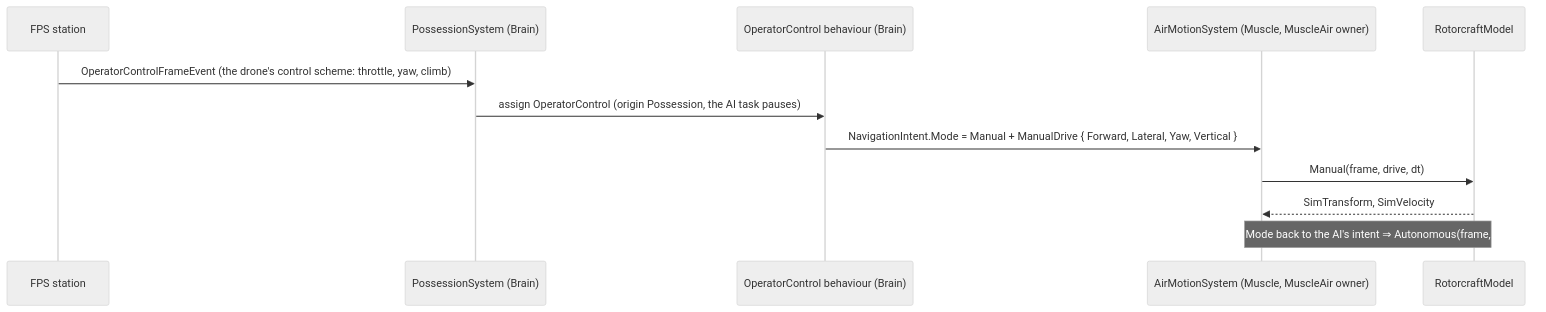
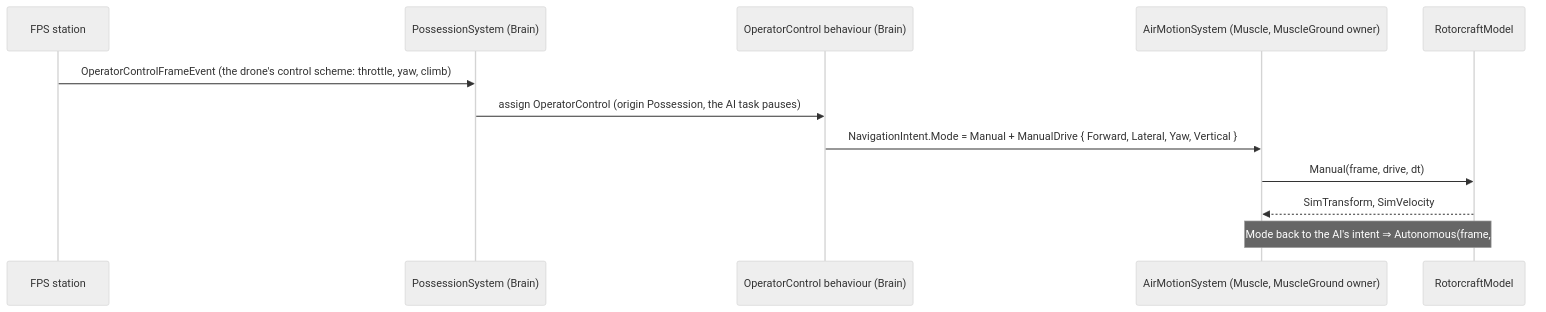
The third of 3 diagrams in docs/designs/motion-models/DESIGN_Motion_Domains.md (pjanec/HROT), drawn with Mermaid (neutral theme) before and after one commit. The commit also changed other lines of this file and 6 other files, not shown here.

First line of the commit message:
CE-3199 / R-3005: one Muscle role moves every body - a flyer is MuscleGround's

````diff
--- a/docs/designs/motion-models/DESIGN_Motion_Domains.md
+++ b/docs/designs/motion-models/DESIGN_Motion_Domains.md
@@ -124,14 +124,14 @@
 ```mermaid
 sequenceDiagram
   participant ST as FPS station
   participant PS as PossessionSystem (Brain)
   participant OC as OperatorControl behaviour (Brain)
-  participant AM as AirMotionSystem (Muscle, MuscleAir owner)
+  participant AM as AirMotionSystem (Muscle, MuscleGround owner)
   participant RM as RotorcraftModel
   ST->>PS: OperatorControlFrameEvent (the drone's control scheme: throttle, yaw, climb)
   PS->>OC: assign OperatorControl (origin Possession, the AI task pauses)
   OC->>AM: NavigationIntent.Mode = Manual + ManualDrive { Forward, Lateral, Yaw, Vertical }
   AM->>RM: Manual(frame, drive, dt)
   RM-->>AM: SimTransform, SimVelocity
   Note over AM,RM: release ⇒ Mode back to the AI's intent ⇒ Autonomous(frame, intent, dt)
 ```
````
